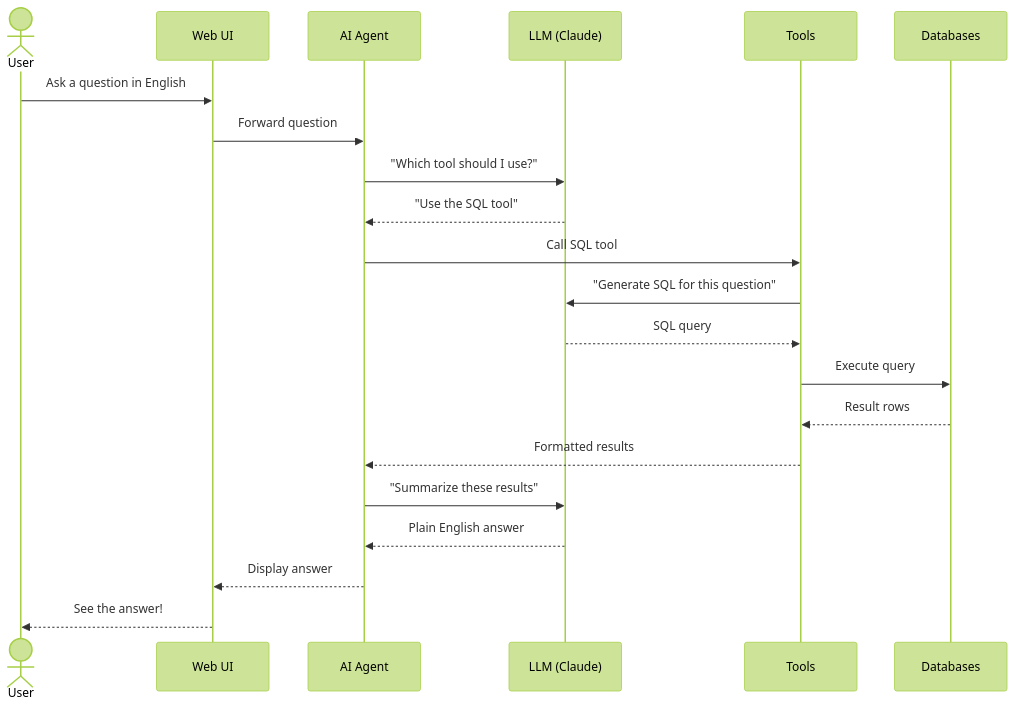
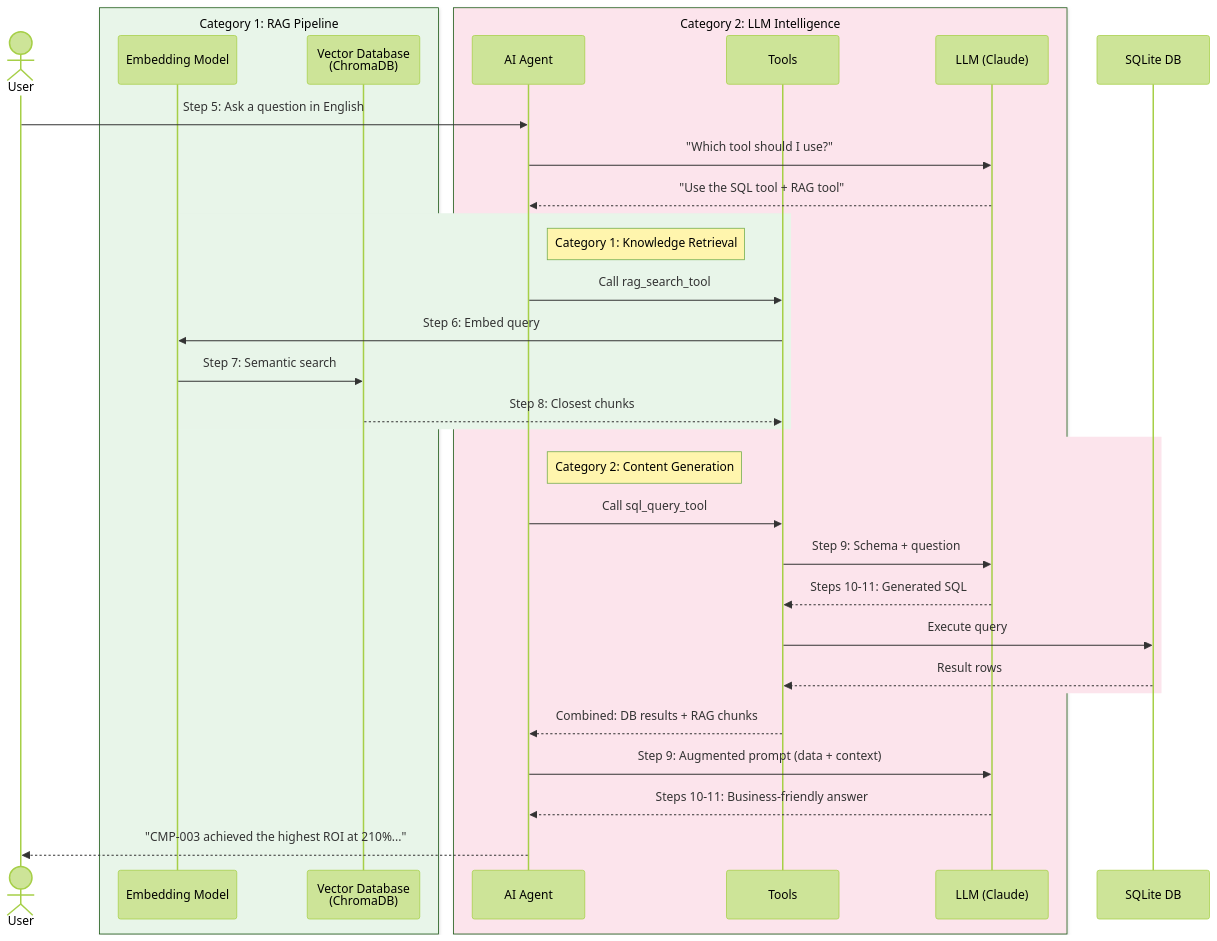
Before and after one commit to aakashkumar1980/certifications-aiml: the fourth of 4 diagrams in TUTORIAL_AI.md, drawn with Mermaid (forest theme). The commit also changed other lines of this file and 5 other files, not shown here.

First line of the commit message:
Add Step labels to LLM tools and update all documentation with two-category architecture

````diff
--- a/TUTORIAL_AI.md
+++ b/TUTORIAL_AI.md
@@ -164,24 +256,43 @@
 ```mermaid
 sequenceDiagram
     actor User
-    participant UI as Web UI
-    participant Agent as AI Agent
-    participant LLM as LLM (Claude)
-    participant Tools as Tools
-    participant DB as Databases
 
-    User->>UI: Ask a question in English
-    UI->>Agent: Forward question
+    box rgb(232, 245, 233) Category 1: RAG Pipeline
+        participant Embed as Embedding Model
+        participant VDB as Vector Database<br/>(ChromaDB)
+    end
+
+    box rgb(252, 228, 236) Category 2: LLM Intelligence
+        participant Agent as AI Agent
+        participant Tools as Tools
+        participant LLM as LLM (Claude)
+    end
+
+    participant DB as SQLite DB
+
+    User->>Agent: Step 5: Ask a question in English
     Agent->>LLM: "Which tool should I use?"
-    LLM-->>Agent: "Use the SQL tool"
-    Agent->>Tools: Call SQL tool
-    Tools->>LLM: "Generate SQL for this question"
-    LLM-->>Tools: SQL query
-    Tools->>DB: Execute query
-    DB-->>Tools: Result rows
-    Tools-->>Agent: Formatted results
-    Agent->>LLM: "Summarize these results"
-    LLM-->>Agent: Plain English answer
-    Agent-->>UI: Display answer
-    UI-->>User: See the answer!
+    LLM-->>Agent: "Use the SQL tool + RAG tool"
+
+    rect rgb(232, 245, 233)
+        Note right of Agent: Category 1: Knowledge Retrieval
+        Agent->>Tools: Call rag_search_tool
+        Tools->>Embed: Step 6: Embed query
+        Embed->>VDB: Step 7: Semantic search
+        VDB-->>Tools: Step 8: Closest chunks
+    end
+
+    rect rgb(252, 228, 236)
+        Note right of Agent: Category 2: Content Generation
+        Agent->>Tools: Call sql_query_tool
+        Tools->>LLM: Step 9: Schema + question
+        LLM-->>Tools: Steps 10-11: Generated SQL
+        Tools->>DB: Execute query
+        DB-->>Tools: Result rows
+    end
+
+    Tools-->>Agent: Combined: DB results + RAG chunks
+    Agent->>LLM: Step 9: Augmented prompt (data + context)
+    LLM-->>Agent: Steps 10-11: Business-friendly answer
+    Agent-->>User: "CMP-003 achieved the highest ROI at 210%..."
 ```
````
